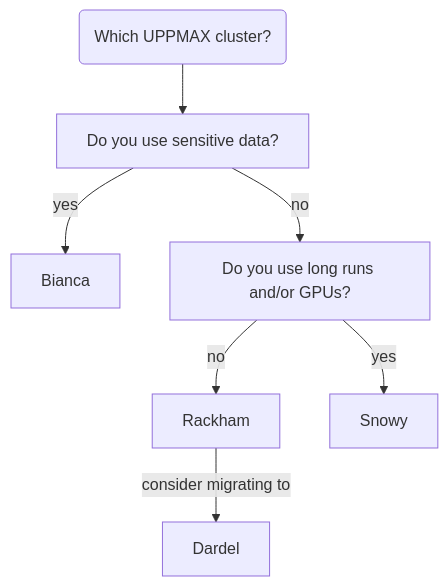
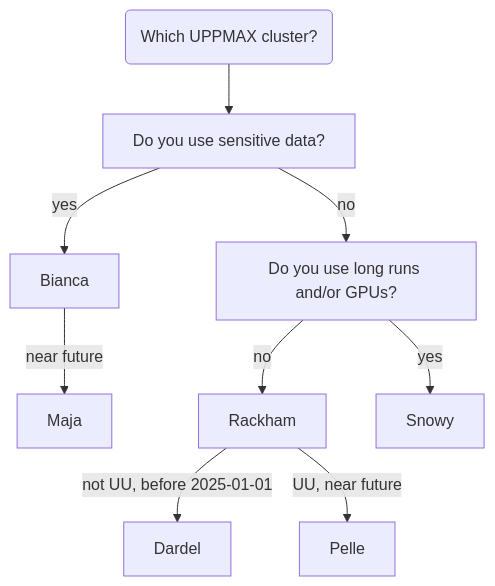
The first of 3 diagrams in docs/cluster_guides/uppmax_cluster.md (UPPMAX/UPPMAX-documentation), drawn with Mermaid before and after one commit. The commit also changed other lines of this file, not shown here.

Commit message:
List all clusters

````diff
--- a/docs/cluster_guides/uppmax_cluster.md
+++ b/docs/cluster_guides/uppmax_cluster.md
@@ -39,17 +42,22 @@
 ```mermaid
 flowchart TD
     UPPMAX(Which UPPMAX cluster?)
     Bianca
     Dardel
+    Maja
+    Pelle
     Rackham
     Snowy
     is_sensitive[Do you use sensitive data?]
     is_long[Do you use long runs and/or GPUs?]
 
     UPPMAX --> is_sensitive
     is_sensitive --> |yes|Bianca
     is_sensitive --> |no|is_long
     is_long --> |no|Rackham
     is_long --> |yes|Snowy
-    Rackham --> |consider migrating to| Dardel
+    Bianca --> |near future| Maja
+
+    Rackham --> |not UU, before 2025-01-01| Dardel
+    Rackham --> |UU, near future| Pelle
 ```
````
